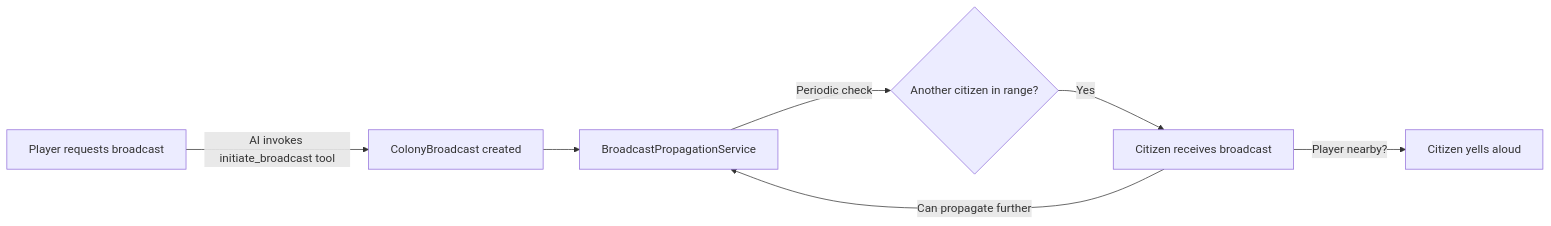
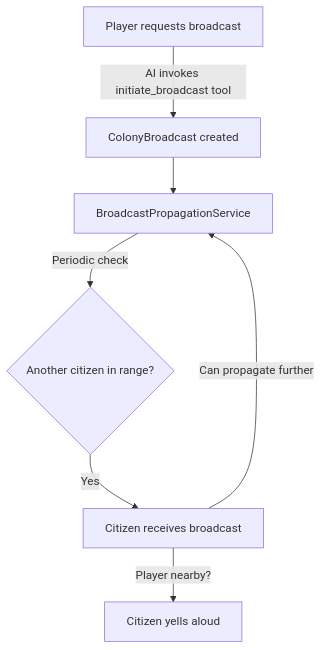
Before and after one commit to sshcrack/talking-colonists: the diagram in docs/features/broadcast.md, drawn with Mermaid. The commit also changed other lines of this file and 21 other files, not shown here.

First line of the commit message:
docs: remove platform interface references, fix tool counts, clean up diagrams

````diff
--- a/docs/features/broadcast.md
+++ b/docs/features/broadcast.md
@@ -12,9 +12,9 @@
 ``` mermaid
-graph LR
+graph TD
  A[Player requests broadcast] -->|AI invokes initiate_broadcast tool| B[ColonyBroadcast created]
  B --> C[BroadcastPropagationService]
  C -->|Periodic check| D{Another citizen in range?}
  D -->|Yes| E[Citizen receives broadcast]
  E -->|Can propagate further| C
  E -->|Player nearby?| F[Citizen yells aloud]
 ```
````
